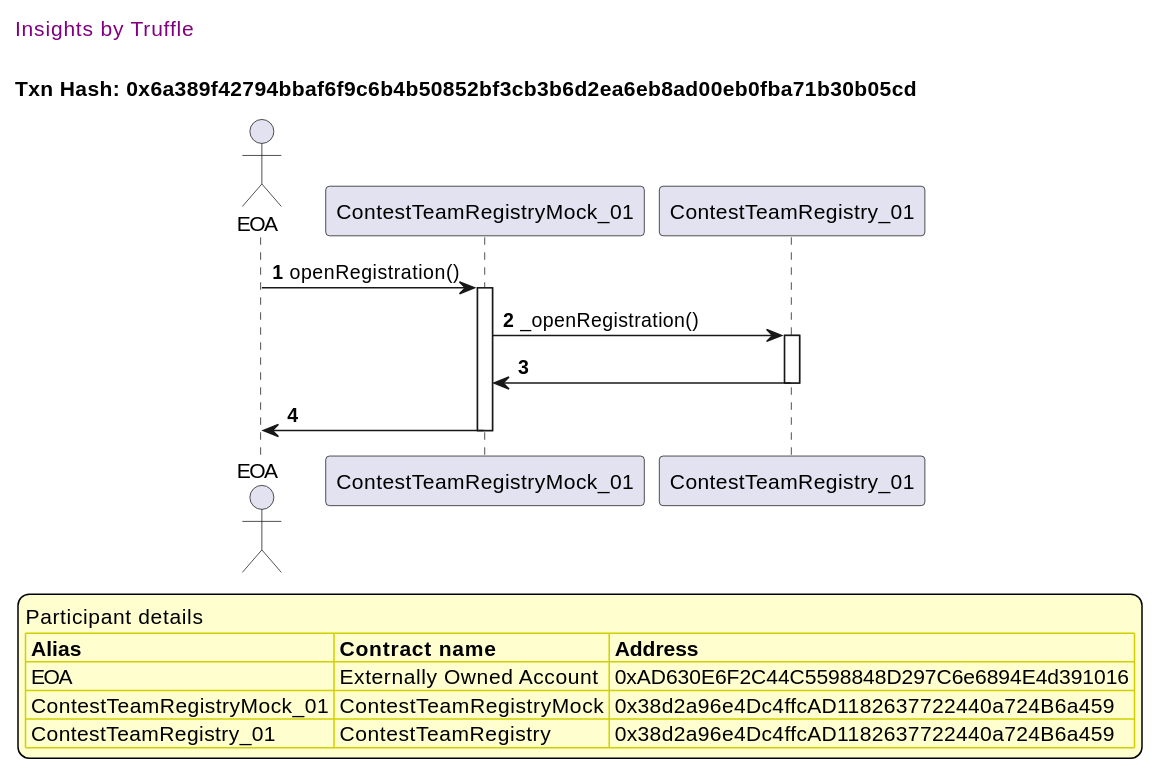
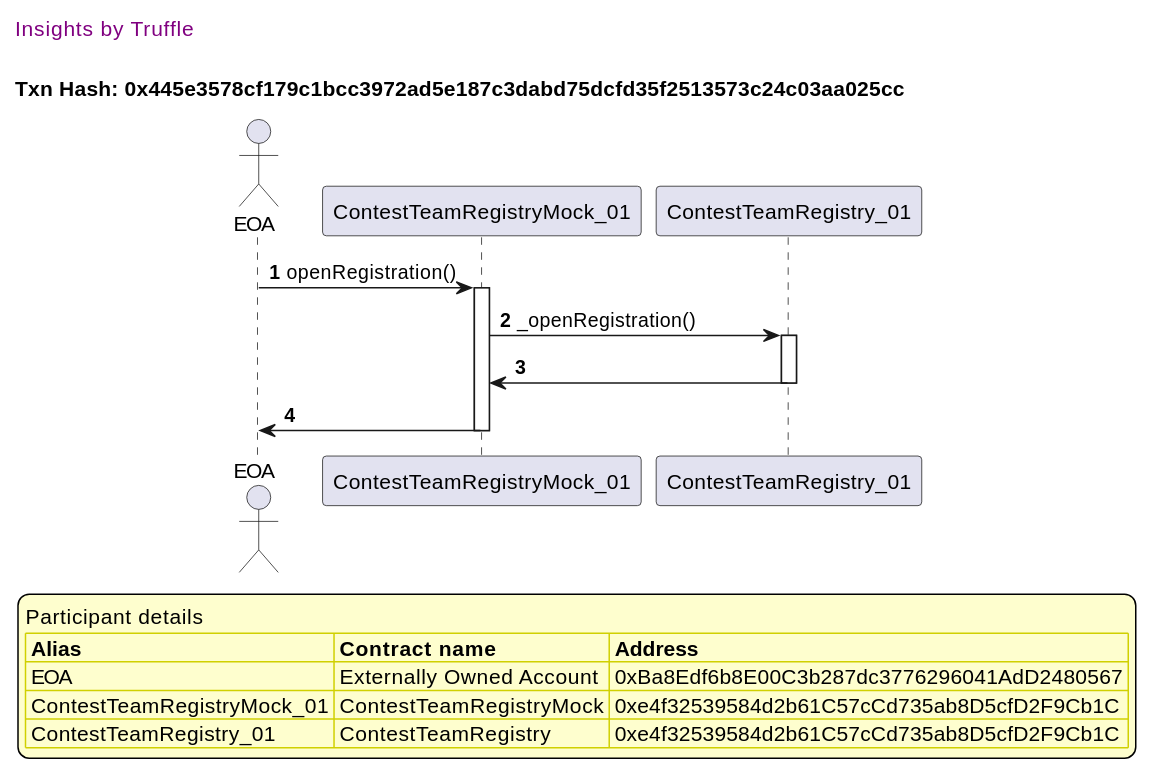
Before and after one commit to fodisi/hackapay: the tenth of 50 diagrams in truffle-seq/core_contestteamregistry.md, drawn with PlantUML. The commit also changed other lines of this file and 10 other files, not shown here.

````diff
--- a/truffle-seq/core_contestteamregistry.md
+++ b/truffle-seq/core_contestteamregistry.md
@@ -439,41 +439,41 @@
 ```plantuml
 
 
 @startuml
 
 autonumber
 skinparam legendBackgroundColor #FEFECE
 
 <style>
       header {
         HorizontalAlignment left
         FontColor purple
         FontSize 14
         Padding 10
       }
     </style>
 
 header Insights by Truffle
 
-title Txn Hash: 0x6a389f42794bbaf6f9c6b4b50852bf3cb3b6d2ea6eb8ad00eb0fba71b30b05cd
+title Txn Hash: 0x445e3578cf179c1bcc3972ad5e187c3dabd75dcfd35f2513573c24c03aa025cc
 
 
 actor EOA as "EOA"
 participant ContestTeamRegistryMock_01 as "ContestTeamRegistryMock_01"
 participant ContestTeamRegistry_01 as "ContestTeamRegistry_01"
 
 "EOA" -> "ContestTeamRegistryMock_01" ++: openRegistration()
 "ContestTeamRegistryMock_01" -> "ContestTeamRegistry_01" ++: _openRegistration()
 "ContestTeamRegistry_01" -> "ContestTeamRegistryMock_01" --: 
 "ContestTeamRegistryMock_01" -> "EOA" --: 
 
 legend
 Participant details
 <#FEFECE,#D0D000>|= Alias |= Contract name |= Address |
-<#FEFECE>| EOA | Externally Owned Account | 0xAD630E6F2C44C5598848D297C6e6894E4d391016 |
-<#FEFECE>| ContestTeamRegistryMock_01 | ContestTeamRegistryMock | 0x38d2a96e4Dc4ffcAD1182637722440a724B6a459 |
-<#FEFECE>| ContestTeamRegistry_01 | ContestTeamRegistry | 0x38d2a96e4Dc4ffcAD1182637722440a724B6a459 |
+<#FEFECE>| EOA | Externally Owned Account | 0xBa8Edf6b8E00C3b287dc3776296041AdD2480567 |
+<#FEFECE>| ContestTeamRegistryMock_01 | ContestTeamRegistryMock | 0xe4f32539584d2b61C57cCd735ab8D5cfD2F9Cb1C |
+<#FEFECE>| ContestTeamRegistry_01 | ContestTeamRegistry | 0xe4f32539584d2b61C57cCd735ab8D5cfD2F9Cb1C |
 endlegend
 
 @enduml
 ```
````
